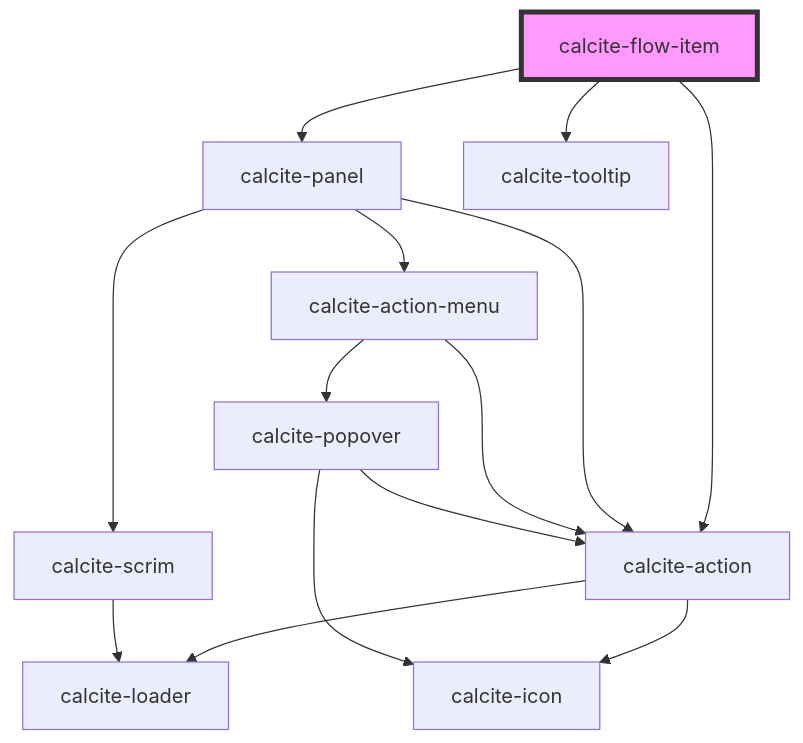
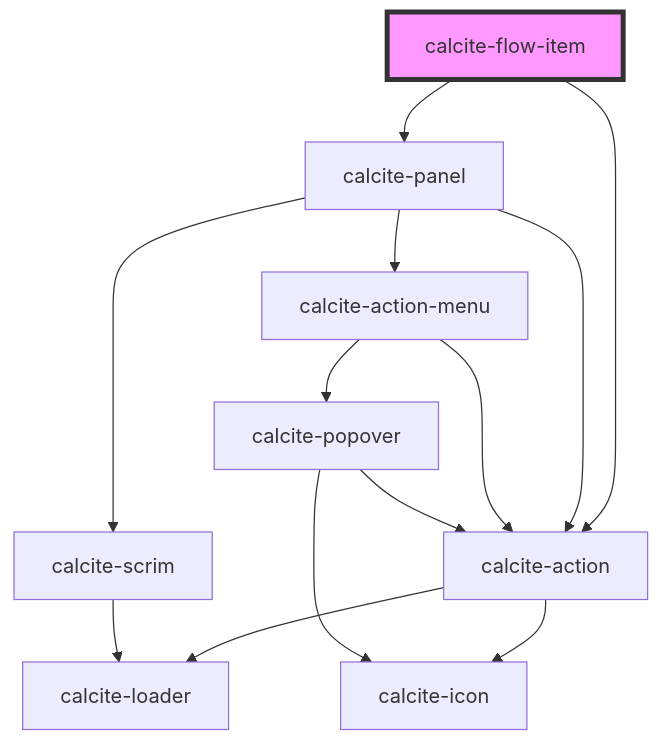
Before and after one commit to vikivakarvc/calcite-design-system: the diagram in packages/calcite-components/src/components/flow-item/readme.md, drawn with Mermaid. The commit also changed other lines of this file and 91 other files, not shown here.

````diff
--- a/packages/calcite-components/src/components/flow-item/readme.md
+++ b/packages/calcite-components/src/components/flow-item/readme.md
@@ -69,17 +75,16 @@
 ```mermaid
 graph TD;
   calcite-flow-item --> calcite-action
   calcite-flow-item --> calcite-panel
-  calcite-flow-item --> calcite-tooltip
   calcite-action --> calcite-loader
   calcite-action --> calcite-icon
   calcite-panel --> calcite-action
   calcite-panel --> calcite-action-menu
   calcite-panel --> calcite-scrim
   calcite-action-menu --> calcite-action
   calcite-action-menu --> calcite-popover
   calcite-popover --> calcite-action
   calcite-popover --> calcite-icon
   calcite-scrim --> calcite-loader
   style calcite-flow-item fill:#f9f,stroke:#333,stroke-width:4px
 ```
````
